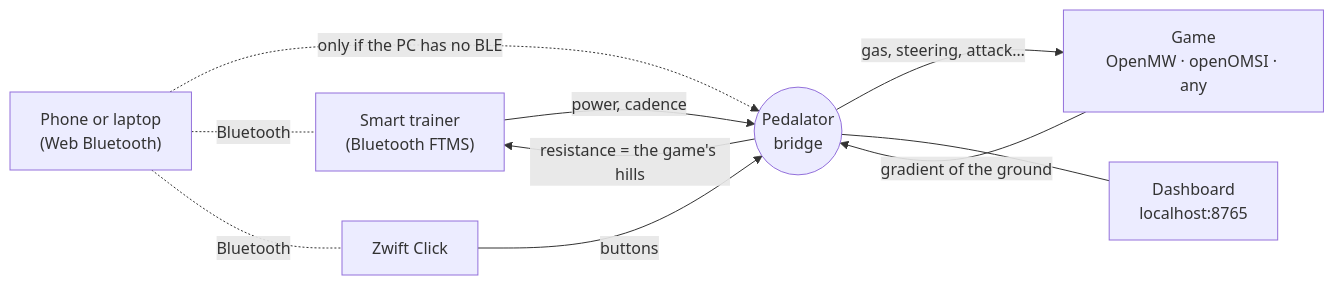
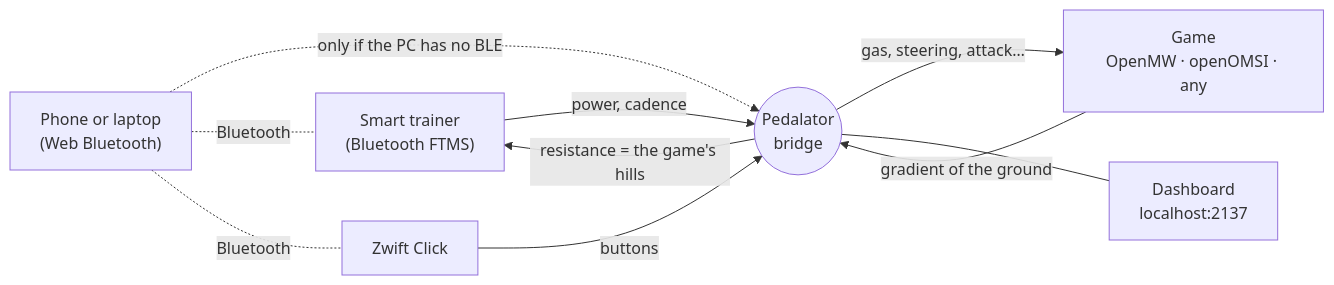
The diagram in README.md (arielkuzminski/pedalator), drawn with Mermaid before and after one commit. The commit also changed other lines of this file and 10 other files, not shown here.

````diff
--- a/README.md
+++ b/README.md
@@ -48,12 +48,12 @@
 ```mermaid
 flowchart LR
     T["Smart trainer<br/>(Bluetooth FTMS)"] -- power, cadence --> B
     C["Zwift Click"] -- buttons --> B
     B(("Pedalator<br/>bridge")) -- "resistance = the game's hills" --> T
     B -- "gas, steering, attack…" --> G["Game<br/>OpenMW · openOMSI · any"]
     G -- "gradient of the ground" --> B
-    B --- D["Dashboard<br/>localhost:8765"]
+    B --- D["Dashboard<br/>localhost:2137"]
     P["Phone or laptop<br/>(Web Bluetooth)"] -. "only if the PC has no BLE" .-> B
     P -. Bluetooth .- T
     P -. Bluetooth .- C
 ```
````
